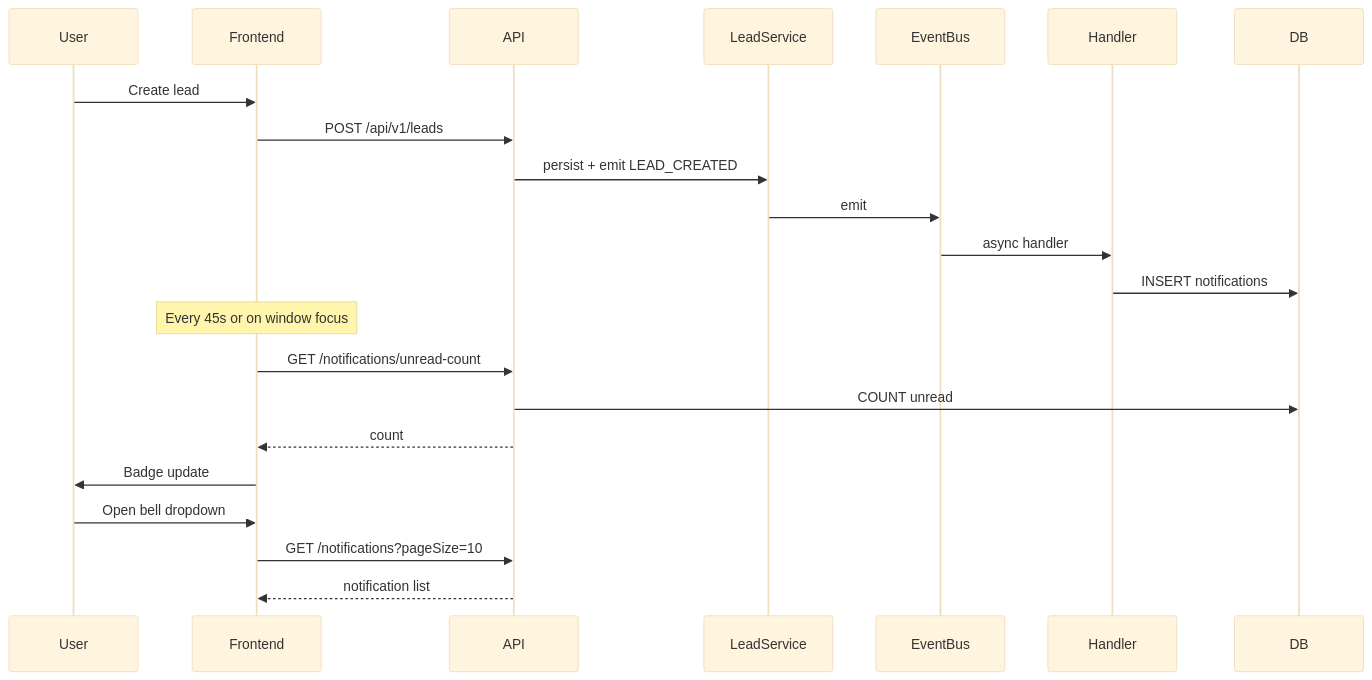
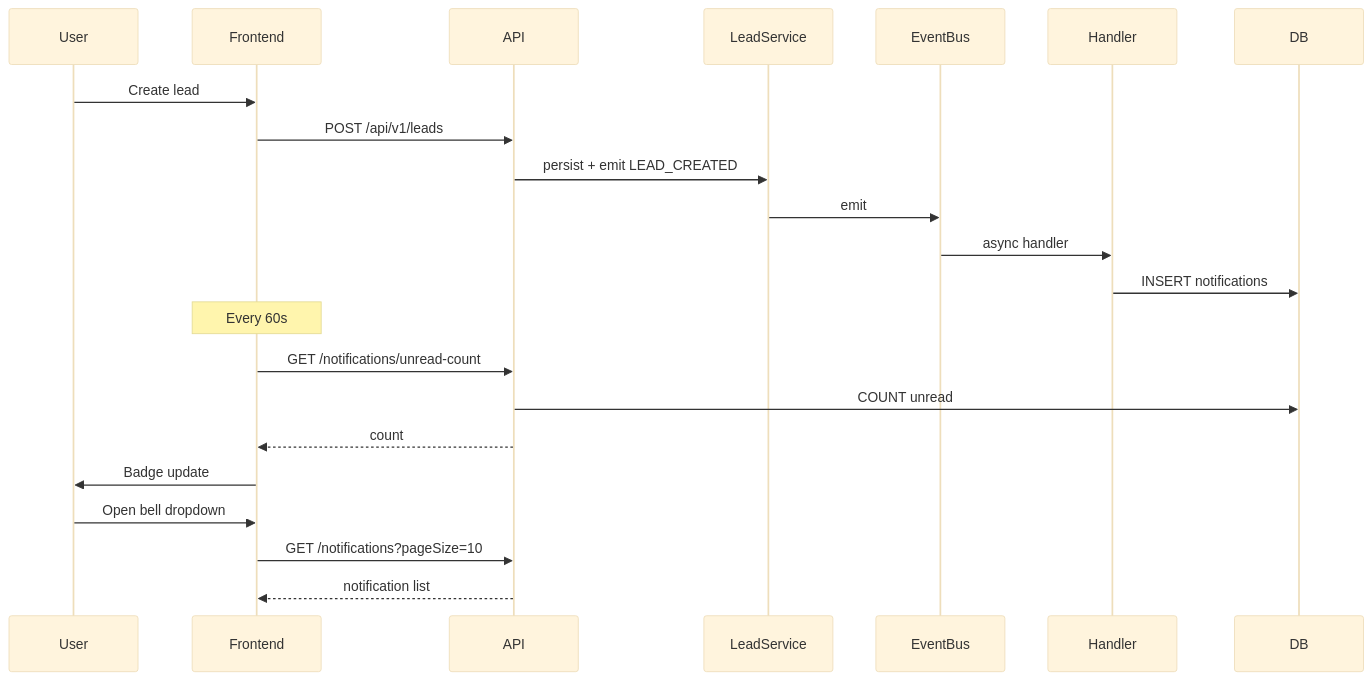
One commit to MoShahan/hilite-multi-org-erp changed the ninth of 9 diagrams in docs/architecture.md. Above: the diagram before and after it, drawn with Mermaid (base theme). The commit also changed other lines of this file and 2 other files, not shown here.

Commit message:
docs: update README and architecture documentation to reflect changes

````diff
--- a/docs/architecture.md
+++ b/docs/architecture.md
@@ -549,27 +551,27 @@
 ```mermaid
 sequenceDiagram
   participant User
   participant Frontend
   participant API
   participant LeadService
   participant EventBus
   participant Handler
   participant DB
 
   User->>Frontend: Create lead
   Frontend->>API: POST /api/v1/leads
   API->>LeadService: persist + emit LEAD_CREATED
   LeadService->>EventBus: emit
   EventBus->>Handler: async handler
   Handler->>DB: INSERT notifications
 
-  Note over Frontend: Every 45s or on window focus
+  Note over Frontend: Every 60s
   Frontend->>API: GET /notifications/unread-count
   API->>DB: COUNT unread
   API-->>Frontend: count
   Frontend->>User: Badge update
 
   User->>Frontend: Open bell dropdown
   Frontend->>API: GET /notifications?pageSize=10
   API-->>Frontend: notification list
 ```
````
